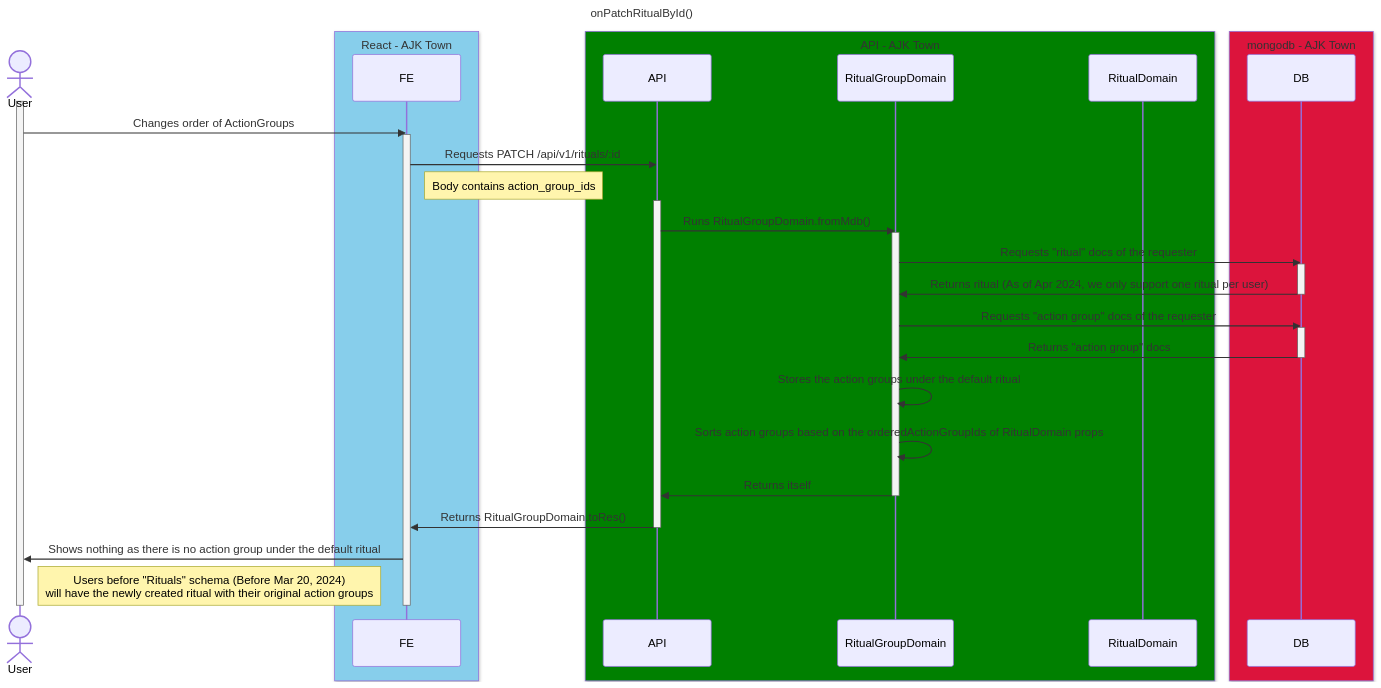
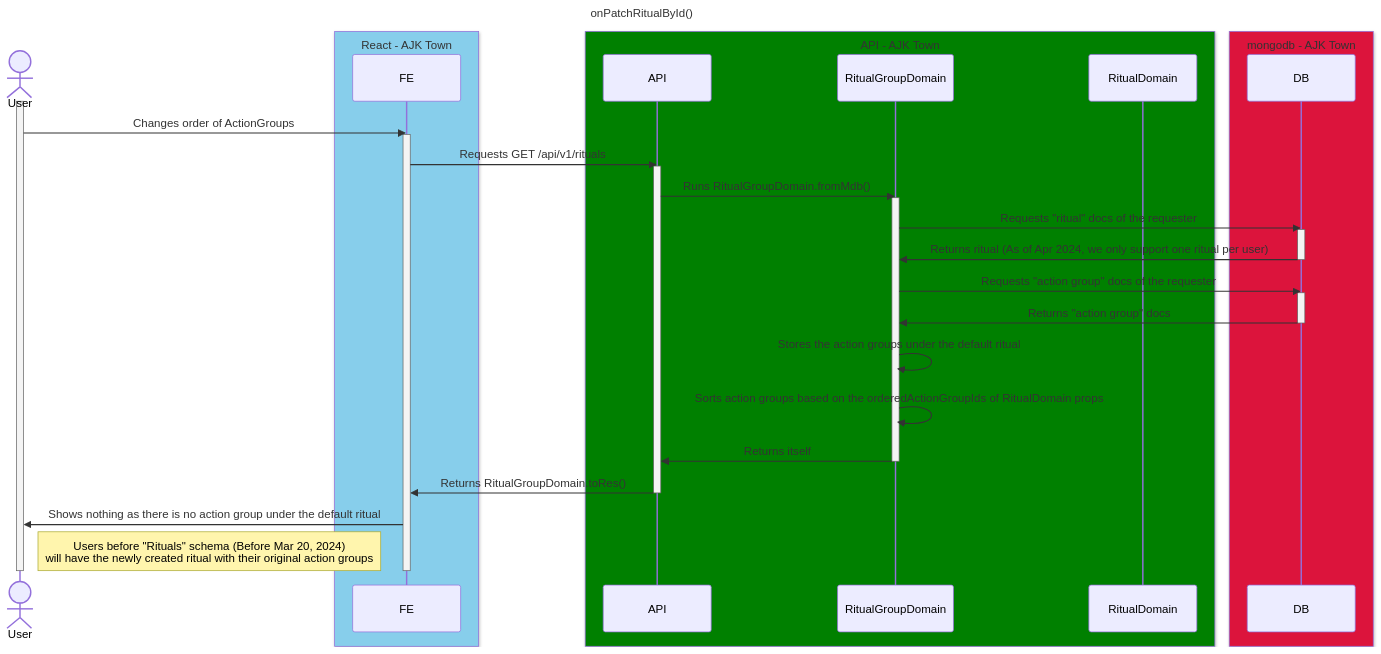
The diagram in dev_consistency/diagrams/on-get-rituals.md (ajktown/docs), drawn with Mermaid before and after one commit. The commit also changed 1 other file, not shown here.

Commit message:
doc: copied doc fixed

````diff
--- a/dev_consistency/diagrams/on-get-rituals.md
+++ b/dev_consistency/diagrams/on-get-rituals.md
@@ -19,46 +19,45 @@
 ```mermaid
 
 sequenceDiagram
 title: onPatchRitualById()
 
 actor user as User
 box SkyBlue React - AJK Town
   participant fe as FE
 end
 box Green API - AJK Town
   participant api as API
   participant domain as RitualGroupDomain
   participant ritual_domain as RitualDomain
 end
 box Crimson mongodb - AJK Town
   participant db as DB
 end
 
 
 activate user
   user ->> fe: Changes order of ActionGroups
   activate fe
-    fe ->> api: Requests PATCH /api/v1/rituals/:id
-    Note right of fe: Body contains action_group_ids
+    fe ->> api: Requests GET /api/v1/rituals
     activate api
       api ->> domain: Runs RitualGroupDomain.fromMdb()
       activate domain
         domain ->> db: Requests "ritual" docs of the requester
         activate db
           db ->> domain: Returns ritual (As of Apr 2024, we only support one ritual per user)
         deactivate db
         domain ->> db: Requests "action group" docs of the requester
         activate db
           db ->> domain: Returns "action group" docs
         deactivate db
         domain ->> domain: Stores the action groups under the default ritual
         domain ->> domain: Sorts action groups based on the orderedActionGroupIds of RitualDomain props
         domain ->> api: Returns itself
       deactivate domain
       api ->> fe: Returns RitualGroupDomain.toRes()
     deactivate api
     fe ->> user: Shows nothing as there is no action group under the default ritual
     Note right of user: Users before "Rituals" schema (Before Mar 20, 2024) <br/>will have the newly created ritual with their original action groups
   deactivate fe
 deactivate user
 ```
````
